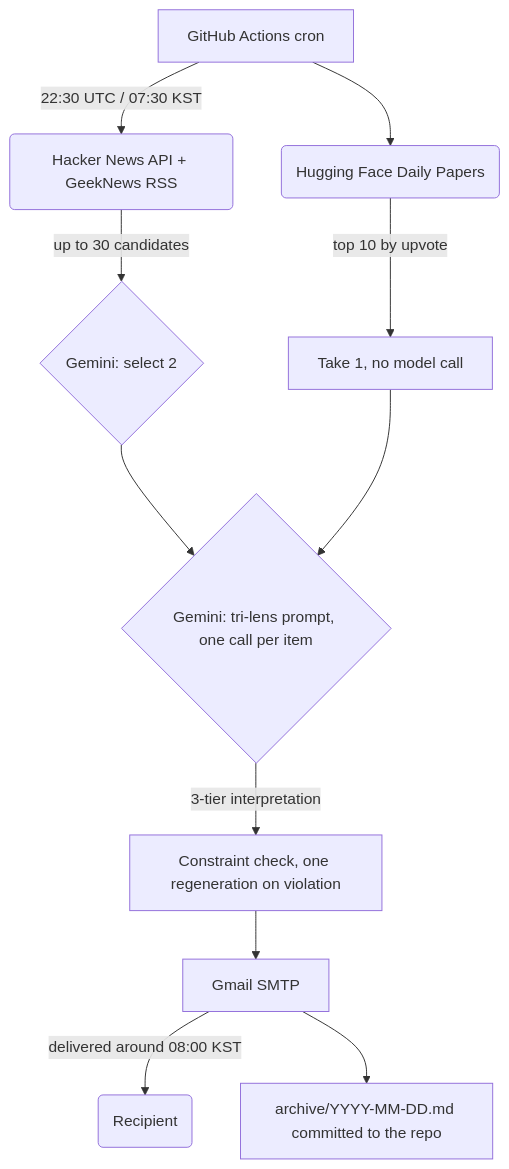
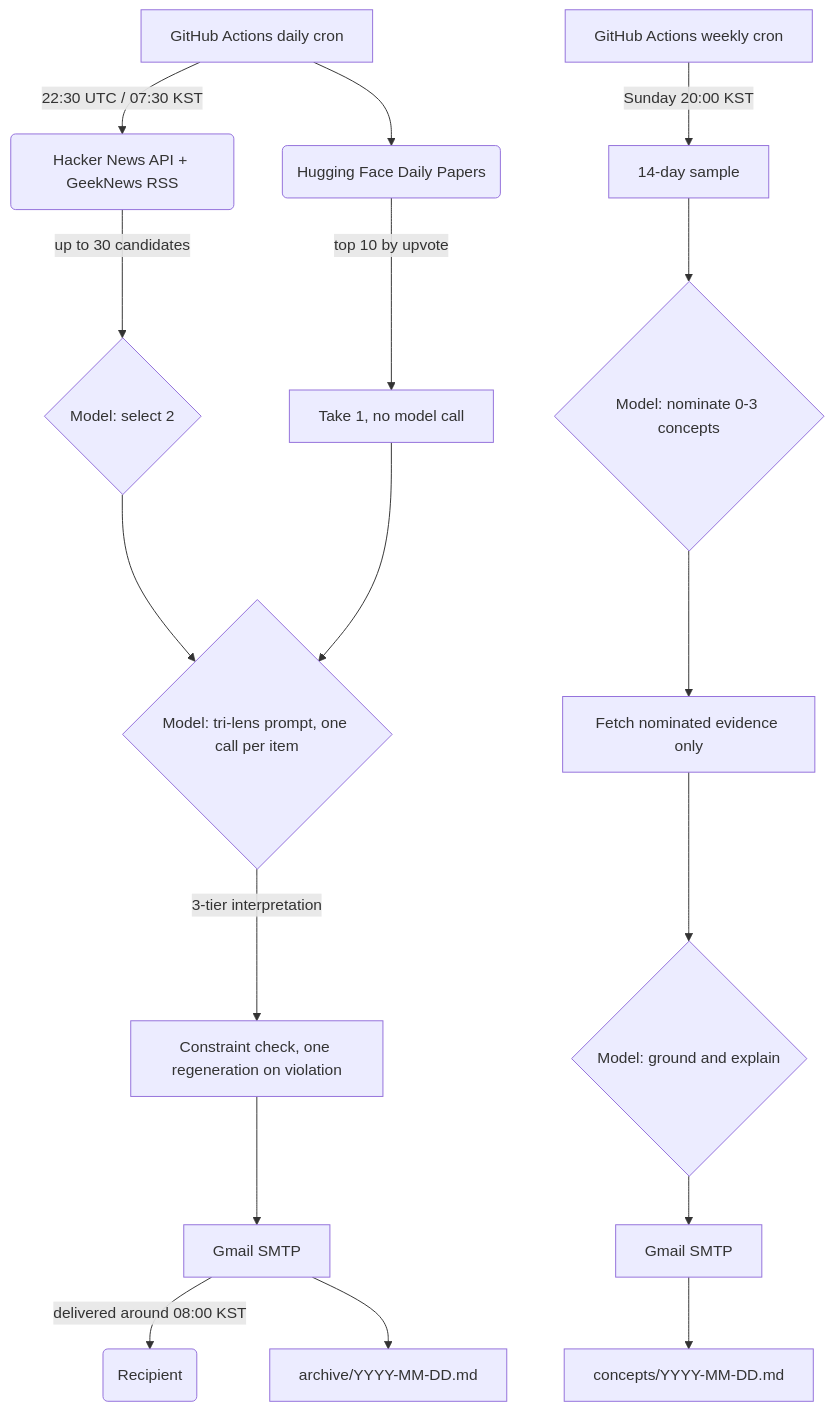
Before and after one commit to liminal-cipher/tri-lens-news: the diagram in README.md, drawn with Mermaid. The commit also changed other lines of this file, not shown here.

````diff
--- a/README.md
+++ b/README.md
@@ -33,13 +37,20 @@
 ```mermaid
 graph TD
-    A[GitHub Actions cron] -->|22:30 UTC / 07:30 KST| B(Hacker News API + GeekNews RSS)
+    A[GitHub Actions daily cron] -->|22:30 UTC / 07:30 KST| B(Hacker News API + GeekNews RSS)
     A --> P(Hugging Face Daily Papers)
-    B -->|up to 30 candidates| C{Gemini: select 2}
+    B -->|up to 30 candidates| C{Model: select 2}
     P -->|top 10 by upvote| Q[Take 1, no model call]
-    C --> D{Gemini: tri-lens prompt, one call per item}
+    C --> D{Model: tri-lens prompt, one call per item}
     Q --> D
     D -->|3-tier interpretation| V[Constraint check, one regeneration on violation]
     V --> E[Gmail SMTP]
     E -->|delivered around 08:00 KST| F(Recipient)
-    E --> G[archive/YYYY-MM-DD.md committed to the repo]
+    E --> G[archive/YYYY-MM-DD.md]
+
+    W[GitHub Actions weekly cron] -->|Sunday 20:00 KST| H[14-day sample]
+    H --> I{Model: nominate 0-3 concepts}
+    I --> J[Fetch nominated evidence only]
+    J --> K{Model: ground and explain}
+    K --> L[Gmail SMTP]
+    L --> M[concepts/YYYY-MM-DD.md]
 ```
````
